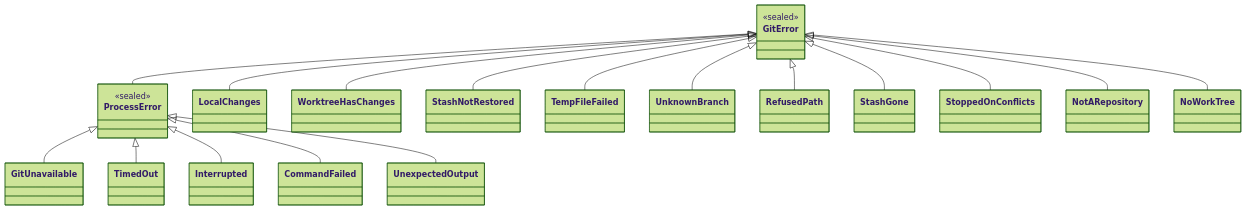
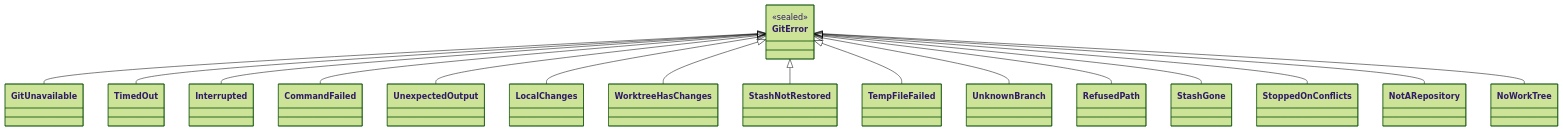
Before and after one commit to cvanfleteren/jazygit: the fifth of 7 diagrams in ARCHITECTURE.md, drawn with Mermaid (forest theme). The commit also changed other lines of this file and 113 other files, not shown here.

First line of the commit message:
One git error type: GitFailure is not generic, ProcessError is a GitError (ADR 75, #294, 1a)

````diff
--- a/ARCHITECTURE.md
+++ b/ARCHITECTURE.md
@@ -1005,28 +1005,23 @@
 ```mermaid
 classDiagram
     direction BT
     class GitError {
         <<sealed>>
     }
-    class ProcessError {
-        <<sealed>>
-    }
 
-    ProcessError --|> GitError
-
-    GitUnavailable --|> ProcessError
-    TimedOut --|> ProcessError
-    Interrupted --|> ProcessError
-    CommandFailed --|> ProcessError
-    UnexpectedOutput --|> ProcessError
+    GitUnavailable --|> GitError
+    TimedOut --|> GitError
+    Interrupted --|> GitError
+    CommandFailed --|> GitError
+    UnexpectedOutput --|> GitError
     LocalChanges --|> GitError
     WorktreeHasChanges --|> GitError
     StashNotRestored --|> GitError
     TempFileFailed --|> GitError
     UnknownBranch --|> GitError
     RefusedPath --|> GitError
     StashGone --|> GitError
     StoppedOnConflicts --|> GitError
     NotARepository --|> GitError
     NoWorkTree --|> GitError
 ```
````
